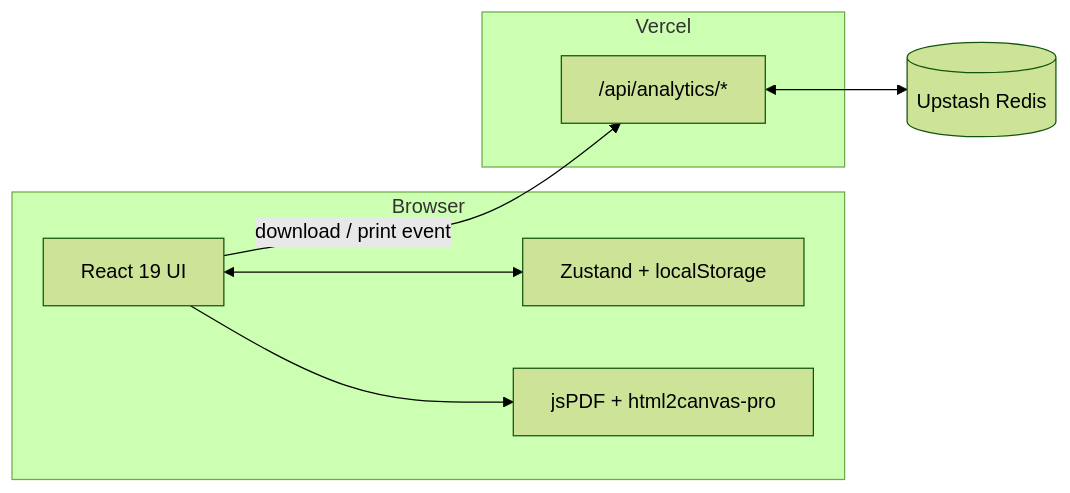
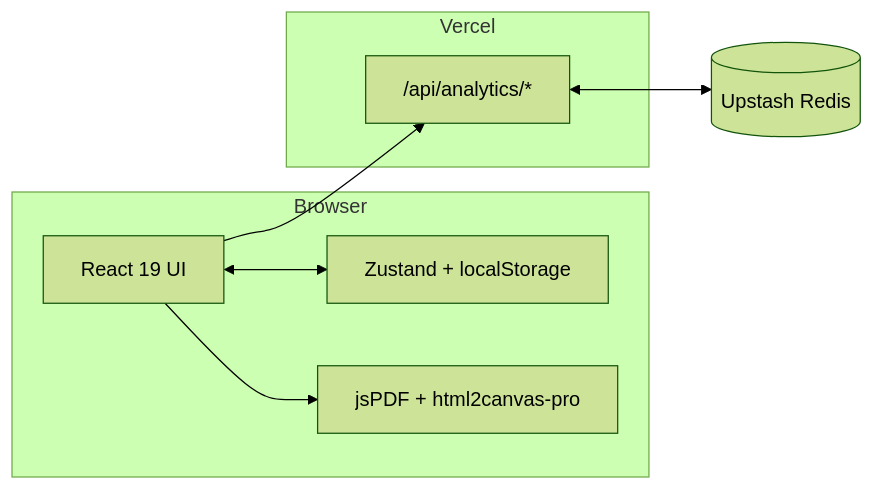
The diagram in README.md (EuvhenRight/CV-maker), drawn with Mermaid (forest theme) before and after one commit.

Commit message:
last version

````diff
--- a/README.md
+++ b/README.md
@@ -74,17 +74,17 @@
 ```mermaid
 flowchart LR
     subgraph Browser
         UI["React 19 UI"]
         Store["Zustand + localStorage"]
         PDF["jsPDF + html2canvas-pro"]
     end
     subgraph Vercel
         API["/api/analytics/*"]
     end
     Redis[("Upstash Redis")]
 
     UI <--> Store
     UI --> PDF
-    UI -->|"download / print event"| API
+    UI --> API
     API <--> Redis
 ```
````
